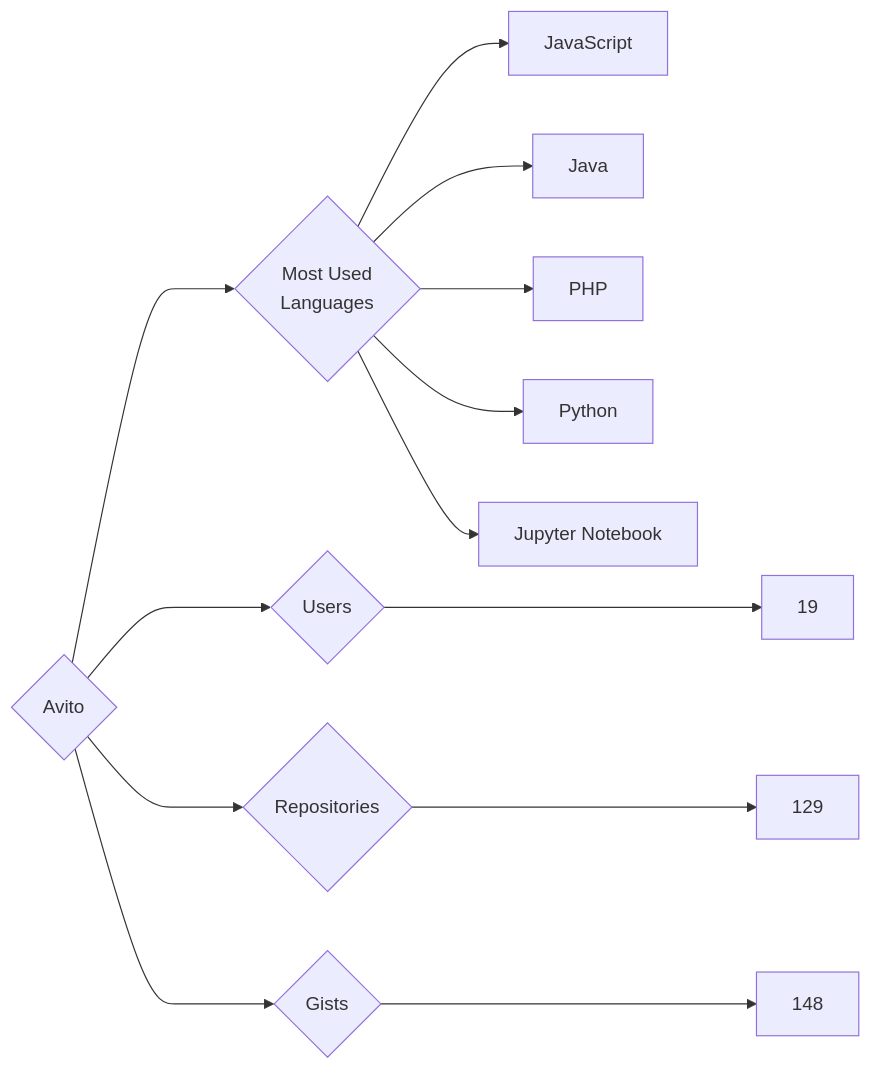
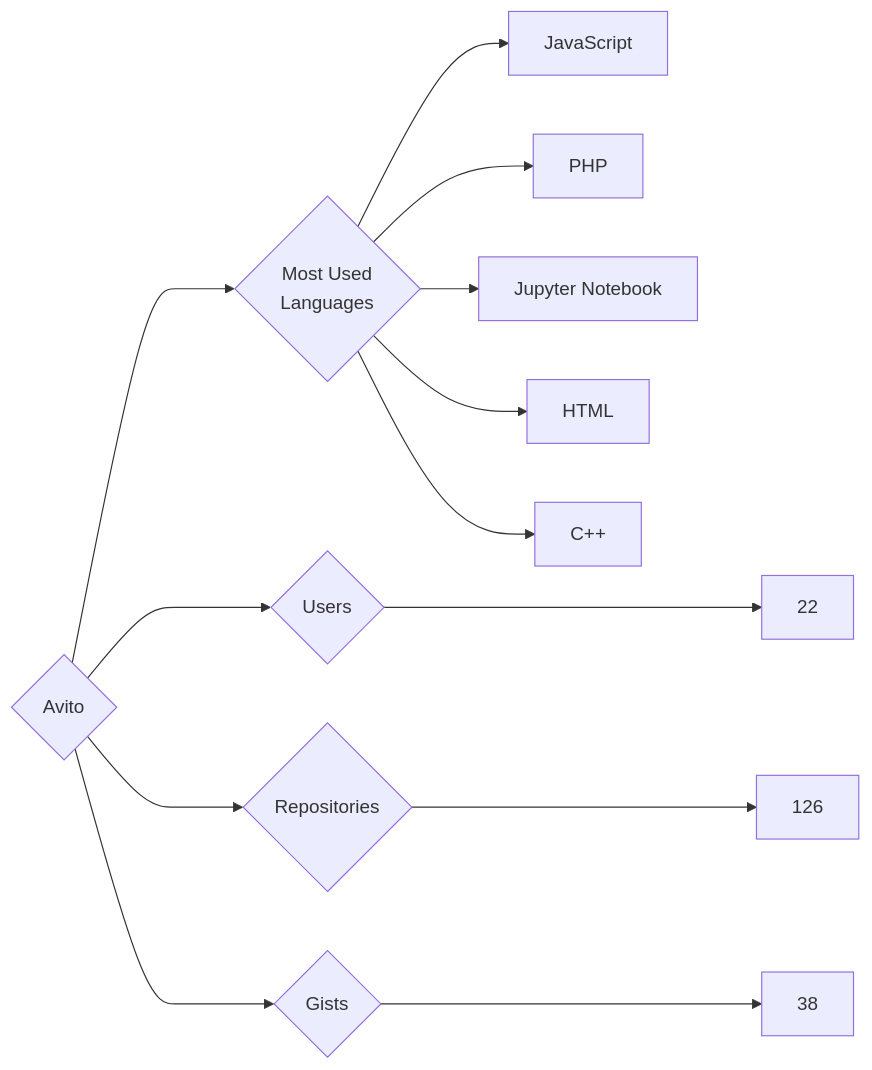
One commit to trickest/insiders changed the diagram in targets/Avito/README.md. Above: the diagram before and after it, drawn with Mermaid. The commit also changed 809 other files, not shown here.

````diff
--- a/targets/Avito/README.md
+++ b/targets/Avito/README.md
@@ -3,13 +3,13 @@
 ```mermaid
 graph LR
 COMPANY_NAME{Avito}
-COMPANY_NAME ---> U{Users} ---> UN[19]
-COMPANY_NAME ---> R{Repositories} ---> RN[129]
-COMPANY_NAME ---> G{Gists} ---> GN[148]
+COMPANY_NAME ---> U{Users} ---> UN[22]
+COMPANY_NAME ---> R{Repositories} ---> RN[126]
+COMPANY_NAME ---> G{Gists} ---> GN[38]
 COMPANY_NAME ---> ML{Most Used<br>Languages}
 ML --> JavaScript[JavaScript]
-ML --> Java[Java]
 ML --> PHP[PHP]
-ML --> Python[Python]
 ML --> Jupyter_Notebook[Jupyter Notebook]
+ML --> HTML[HTML]
+ML --> C++[C++]
 ```
````
